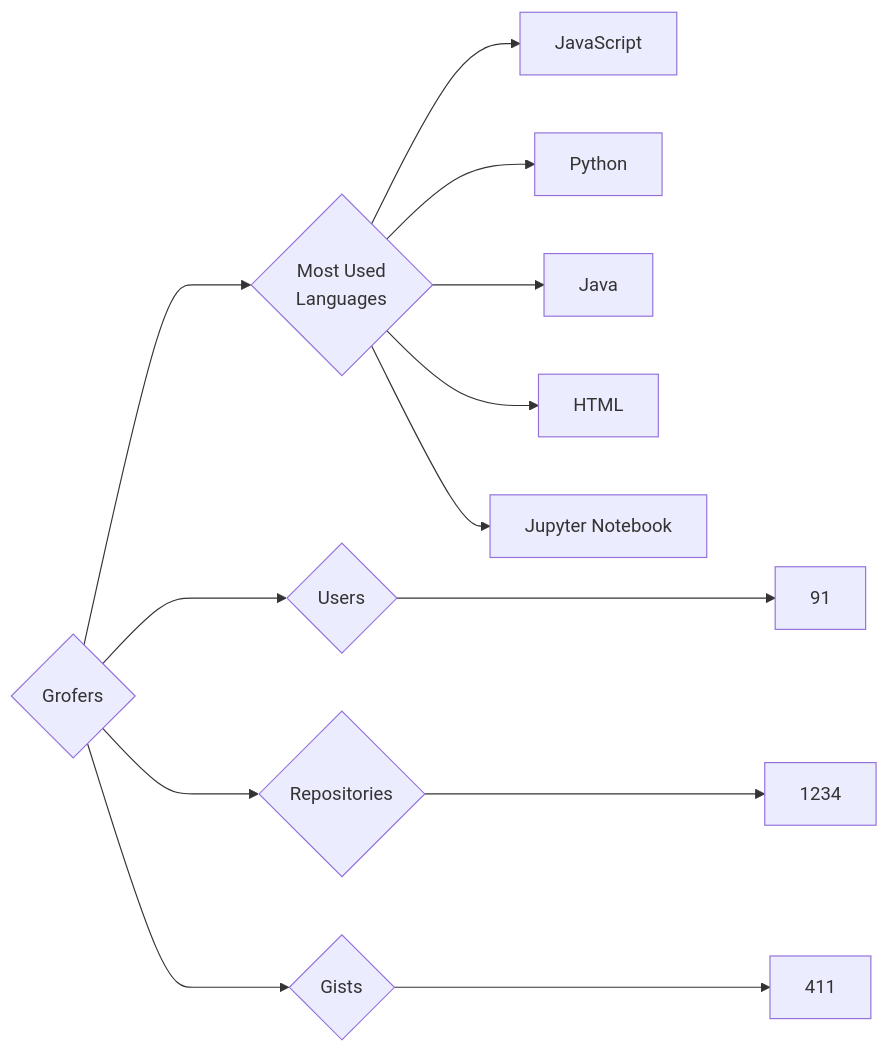
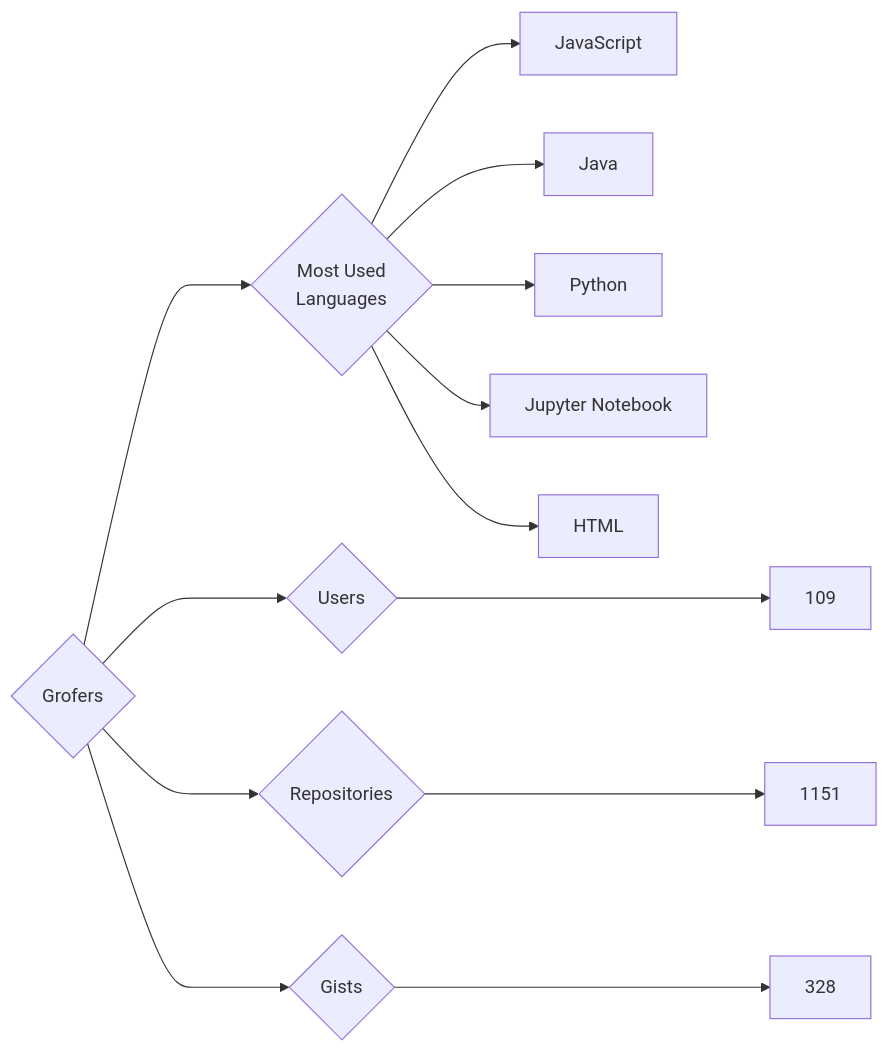
One commit to trickest/insiders changed the diagram in targets/Grofers/README.md. Above: the diagram before and after it, drawn with Mermaid. The commit also changed 888 other files, not shown here.

````diff
--- a/targets/Grofers/README.md
+++ b/targets/Grofers/README.md
@@ -3,13 +3,13 @@
 ```mermaid
 graph LR
 COMPANY_NAME{Grofers}
-COMPANY_NAME ---> U{Users} ---> UN[91]
-COMPANY_NAME ---> R{Repositories} ---> RN[1234]
-COMPANY_NAME ---> G{Gists} ---> GN[411]
+COMPANY_NAME ---> U{Users} ---> UN[109]
+COMPANY_NAME ---> R{Repositories} ---> RN[1151]
+COMPANY_NAME ---> G{Gists} ---> GN[328]
 COMPANY_NAME ---> ML{Most Used<br>Languages}
 ML --> JavaScript[JavaScript]
+ML --> Java[Java]
 ML --> Python[Python]
-ML --> Java[Java]
+ML --> Jupyter_Notebook[Jupyter Notebook]
 ML --> HTML[HTML]
-ML --> Jupyter_Notebook[Jupyter Notebook]
 ```
````
